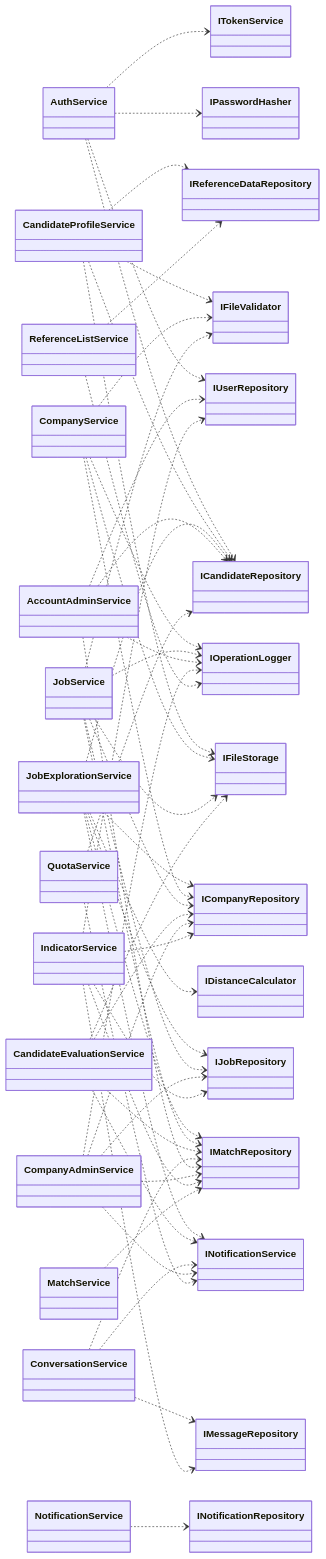
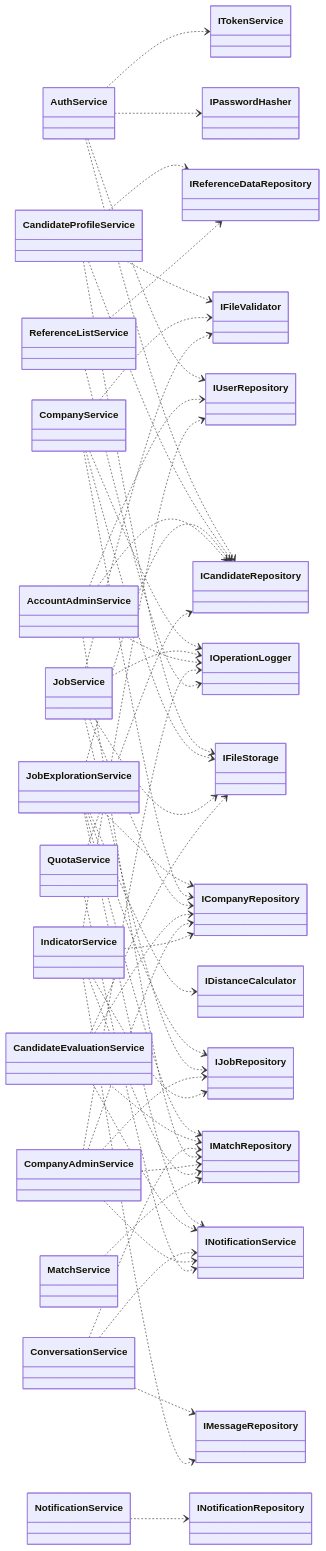
The tenth of 13 diagrams in 04-artefactos-tecnicos/04.07-modelos-de-classes/m2-modelo-classes-backend-v01.md (katch-lds/katch-docs), drawn with Mermaid before and after one commit. The commit also changed other lines of this file, not shown here.

````diff
--- a/04-artefactos-tecnicos/04.07-modelos-de-classes/m2-modelo-classes-backend-v01.md
+++ b/04-artefactos-tecnicos/04.07-modelos-de-classes/m2-modelo-classes-backend-v01.md
@@ -939,69 +938,68 @@
 ```mermaid
 classDiagram
     direction LR
     class AuthService
     class CandidateProfileService
     class JobExplorationService
     class CompanyService
     class JobService
     class CandidateEvaluationService
     class ConversationService
     class NotificationService
     class AccountAdminService
     class CompanyAdminService
     class MatchService
     class IndicatorService
     class ReferenceListService
     class QuotaService
     AuthService ..> IUserRepository
     AuthService ..> ICandidateRepository
     AuthService ..> IPasswordHasher
     AuthService ..> ITokenService
     CandidateProfileService ..> ICandidateRepository
     CandidateProfileService ..> IReferenceDataRepository
     CandidateProfileService ..> IFileStorage
     CandidateProfileService ..> IFileValidator
     JobExplorationService ..> ICandidateRepository
     JobExplorationService ..> IJobRepository
     JobExplorationService ..> ICompanyRepository
     JobExplorationService ..> IMatchRepository
     JobExplorationService ..> IDistanceCalculator
     JobExplorationService ..> INotificationService
     CompanyService ..> ICompanyRepository
     CompanyService ..> IFileStorage
     CompanyService ..> IFileValidator
     CompanyService ..> IOperationLogger
     JobService ..> IJobRepository
     JobService ..> ICompanyRepository
-    JobService ..> IMatchRepository
     JobService ..> IFileStorage
     JobService ..> IFileValidator
     JobService ..> IOperationLogger
     CandidateEvaluationService ..> IMatchRepository
     CandidateEvaluationService ..> ICompanyRepository
     CandidateEvaluationService ..> IFileStorage
     CandidateEvaluationService ..> INotificationService
     ConversationService ..> IMatchRepository
     ConversationService ..> IMessageRepository
     ConversationService ..> INotificationService
     NotificationService ..> INotificationRepository
     AccountAdminService ..> IUserRepository
     AccountAdminService ..> ICandidateRepository
     AccountAdminService ..> IMatchRepository
     AccountAdminService ..> IOperationLogger
     CompanyAdminService ..> ICompanyRepository
     CompanyAdminService ..> IJobRepository
     CompanyAdminService ..> IMatchRepository
     CompanyAdminService ..> INotificationService
     CompanyAdminService ..> IOperationLogger
     IndicatorService ..> IUserRepository
     IndicatorService ..> ICompanyRepository
     IndicatorService ..> IJobRepository
     IndicatorService ..> IMatchRepository
     IndicatorService ..> IMessageRepository
     ReferenceListService ..> IReferenceDataRepository
     ReferenceListService ..> IOperationLogger
     MatchService ..> IMatchRepository
     QuotaService ..> ICandidateRepository
     QuotaService ..> INotificationService
 ```
````
